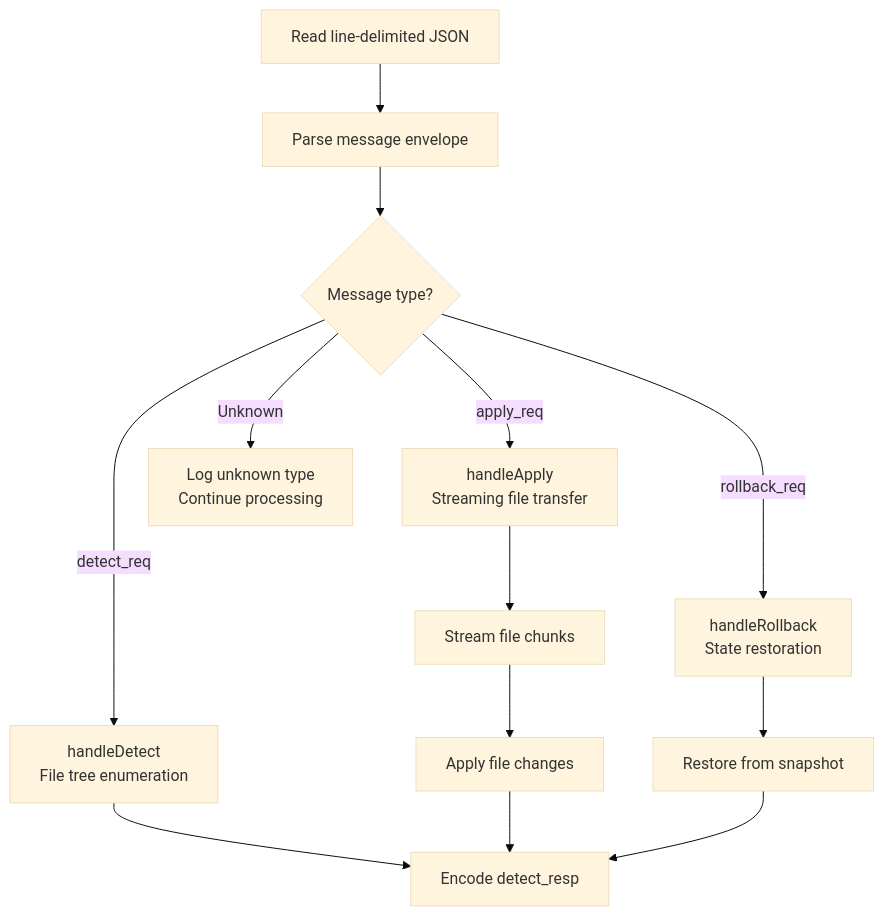
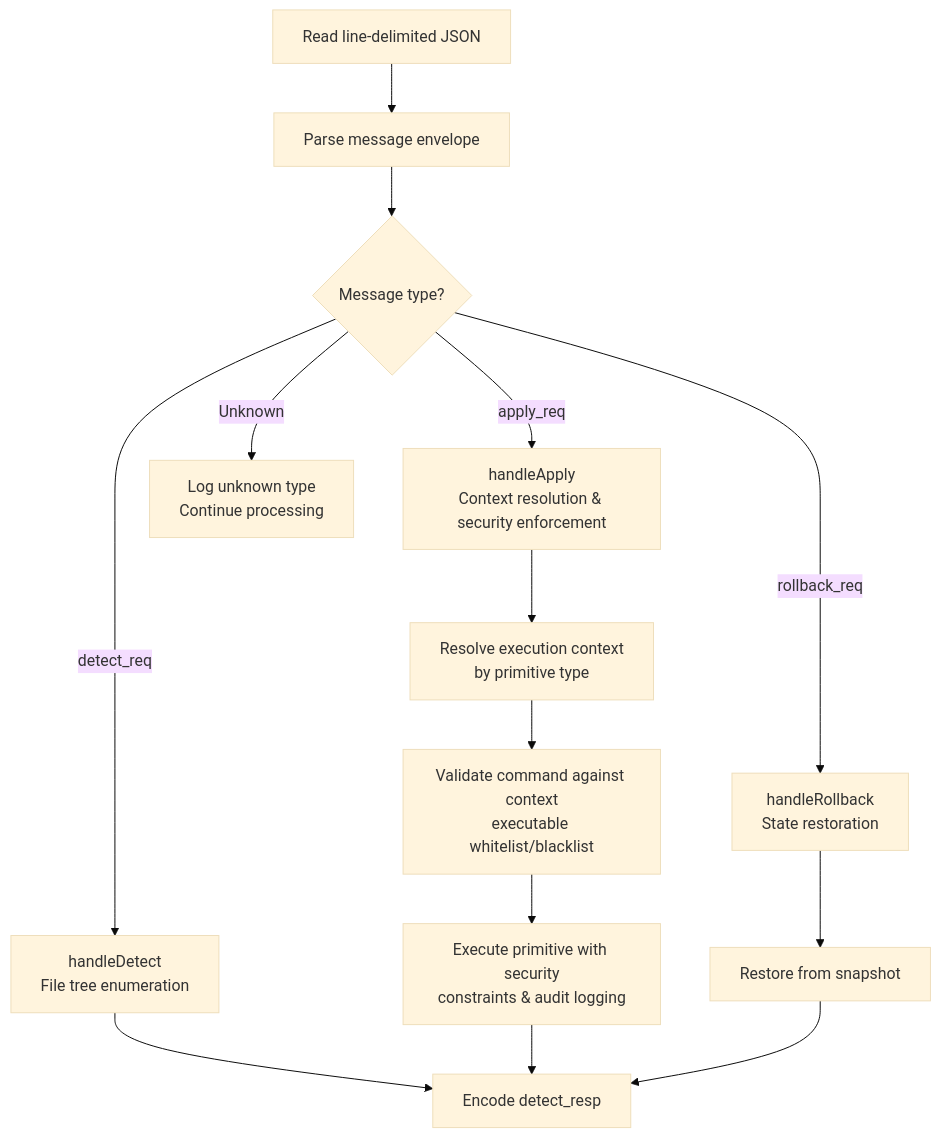
Before and after one commit to ahmednour1430464/dotdevops: the fourth of 8 diagrams in .qoder/repowiki/en/content/CLI Commands Reference/Agent Command.md, drawn with Mermaid (base theme). The commit also changed other lines of this file and 12 other files, not shown here.

````diff
--- a/.qoder/repowiki/en/content/CLI Commands Reference/Agent Command.md
+++ b/.qoder/repowiki/en/content/CLI Commands Reference/Agent Command.md
@@ -163,15 +198,16 @@
 ```mermaid
 flowchart TD
 ReadLine["Read line-delimited JSON"] --> ParseEnvelope["Parse message envelope"]
 ParseEnvelope --> MessageType{"Message type?"}
 MessageType --> |detect_req| DetectHandler["handleDetect<br/>File tree enumeration"]
-MessageType --> |apply_req| ApplyHandler["handleApply<br/>Streaming file transfer"]
+MessageType --> |apply_req| ApplyHandler["handleApply<br/>Context resolution & security enforcement"]
 MessageType --> |rollback_req| RollbackHandler["handleRollback<br/>State restoration"]
 MessageType --> |Unknown| LogError["Log unknown type<br/>Continue processing"]
 DetectHandler --> EncodeResponse["Encode detect_resp"]
-ApplyHandler --> StreamChunks["Stream file chunks"]
-StreamChunks --> ApplyFiles["Apply file changes"]
-ApplyFiles --> EncodeResponse
+ApplyHandler --> ResolveContext["Resolve execution context<br/>by primitive type"]
+ResolveContext --> ValidateCommand["Validate command against context<br/>executable whitelist/blacklist"]
+ValidateCommand --> ExecutePrimitive["Execute primitive with security<br/>constraints & audit logging"]
+ExecutePrimitive --> EncodeResponse
 RollbackHandler --> RestoreState["Restore from snapshot"]
 RestoreState --> EncodeResponse
 ```
````
